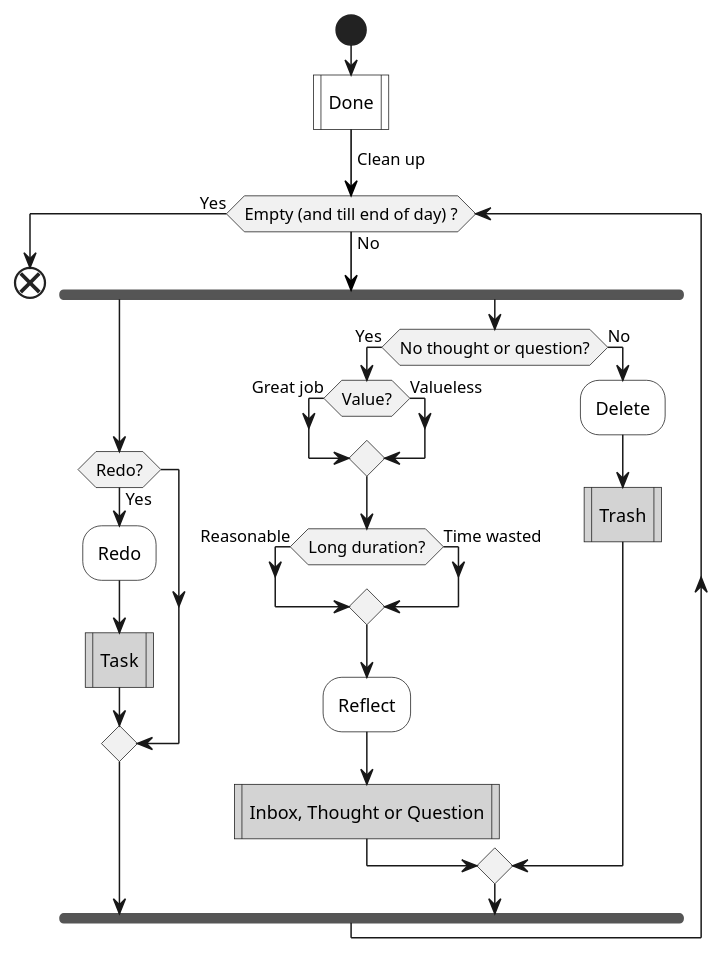
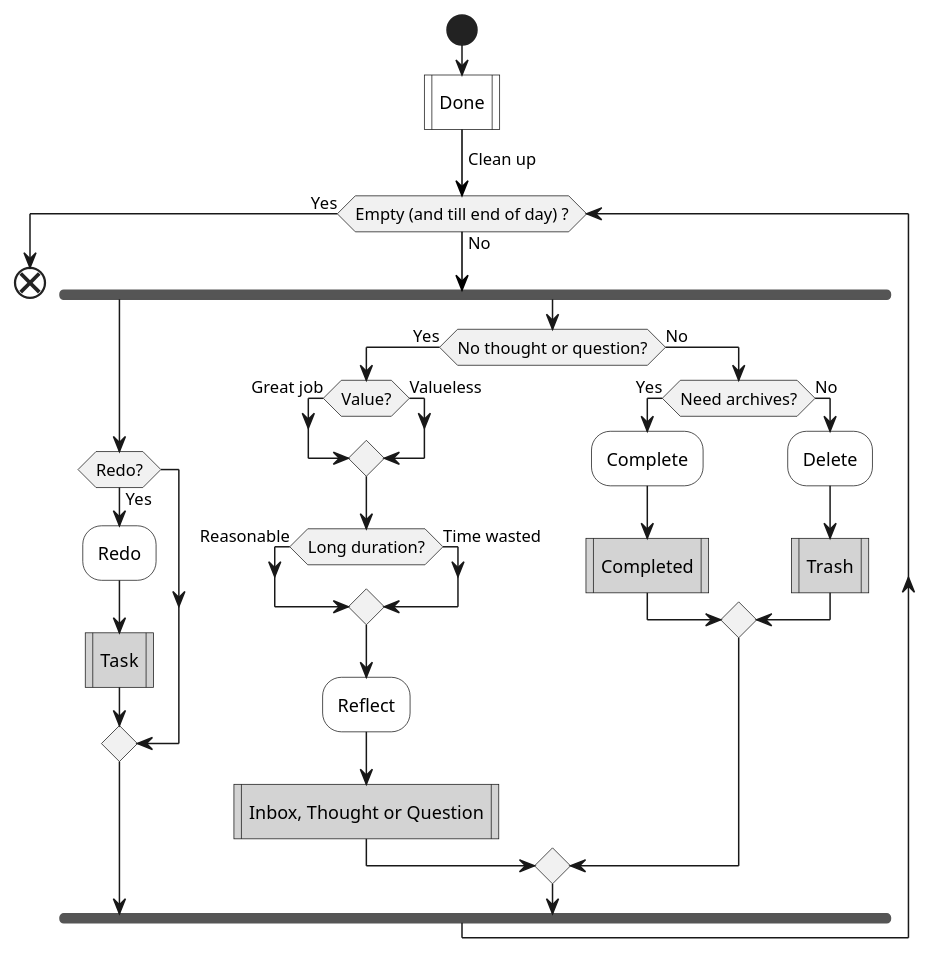
Before and after one commit to IceHe/icehe-lib: the fourth of 4 diagrams in lifelogs/rehabilitation.md, drawn with PlantUML. The commit also changed other lines of this file, not shown here.

Commit message:
2020-12-18 22:25:50 Fri

````diff
--- a/lifelogs/rehabilitation.md
+++ b/lifelogs/rehabilitation.md
@@ -362,30 +362,35 @@
 ```plantuml
 @startuml
 start
 #white:Done|
 -[#black]-> Clean up;
 while (Empty (and till end of day) ?) is (No)
     fork
         if (Redo?) then (Yes)
             #white:Redo;
             #lightGray:Task|
         endif
     fork again
         if (No thought or question?) then (Yes)
             if (Value?) then (Great job)
             else (Valueless)
             endif
             if (Long duration?) then (Reasonable)
             else (Time wasted)
             endif
             #white:Reflect;
             #lightGray:Inbox, Thought or Question|
         else (No)
-            #white:Delete;
-            #lightGray:Trash|
+            if (Need archives?) then (Yes)
+                #white:Complete;
+                #lightGray:Completed|
+            else (No)
+                #white:Delete;
+                #lightGray:Trash|
+            endif
         endif
     end fork
 endwhile (Yes)
 end
 @enduml
 ```
````
